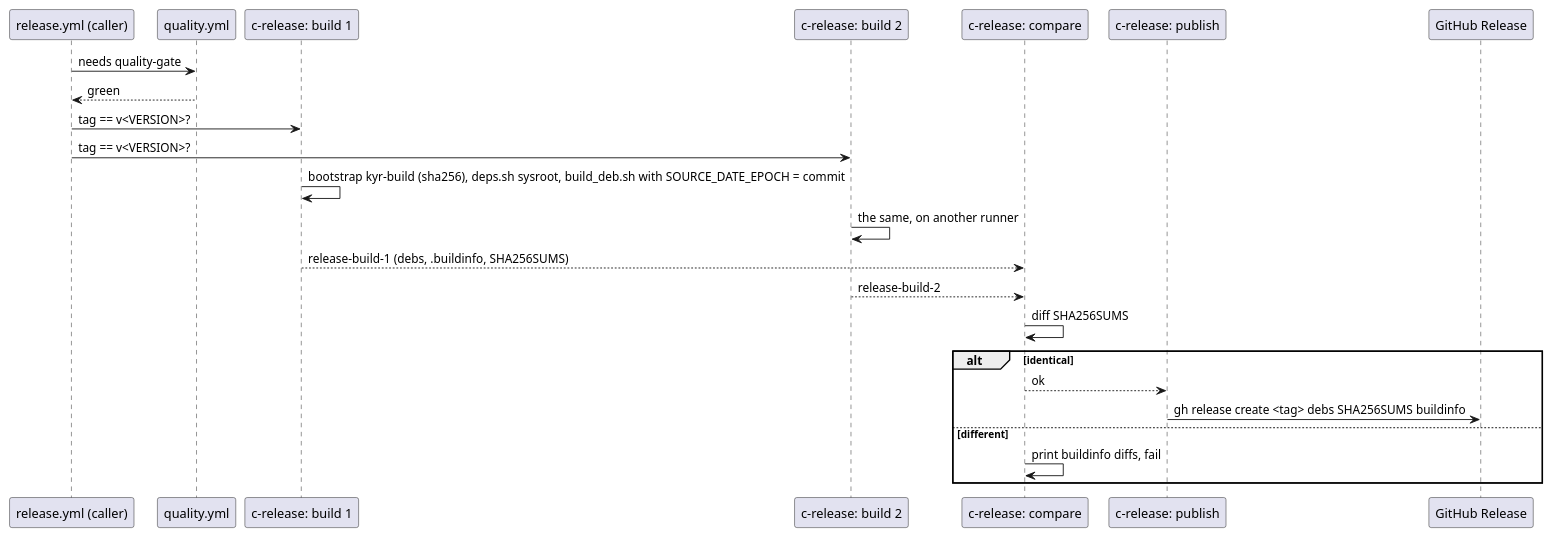
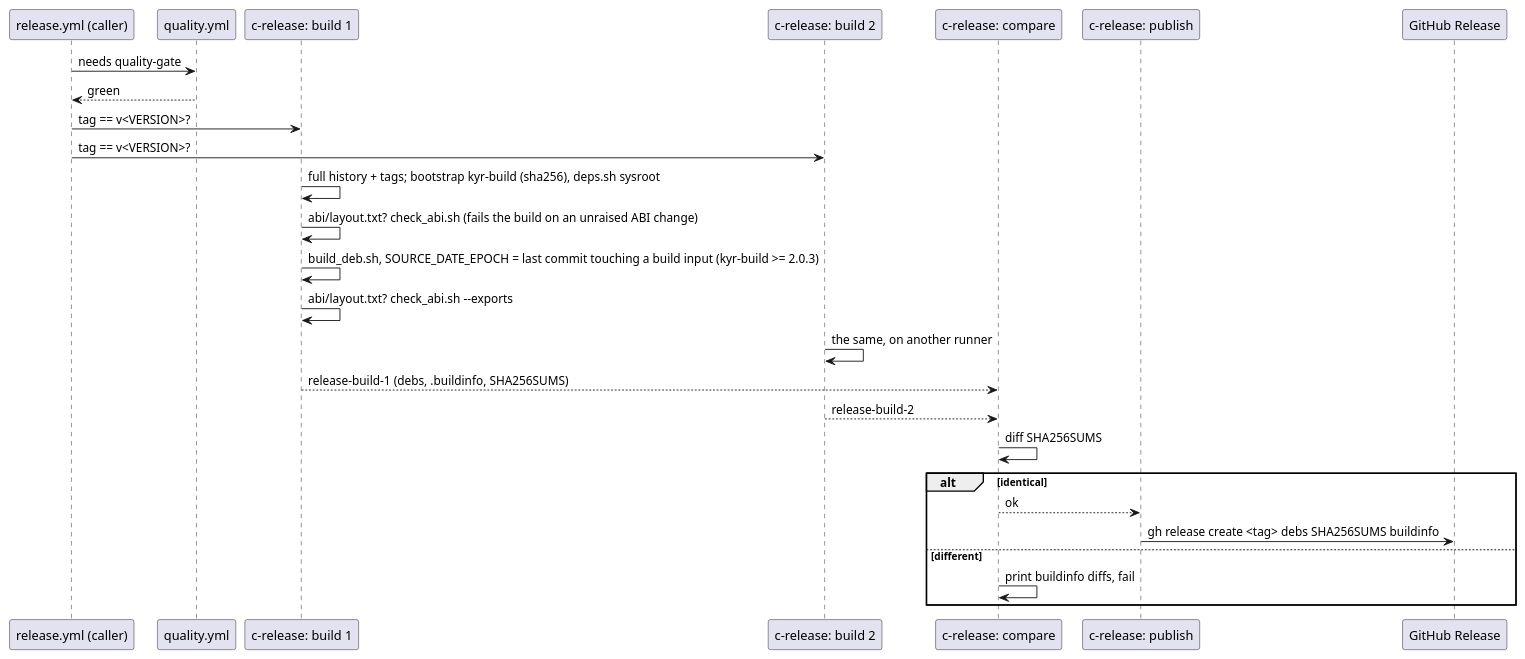
The diagram in docs/diagrams/release_double_build_sequence.puml (RomanHorshkov/cicd), drawn with PlantUML before and after one commit. The commit also changed 2 other files, not shown here.

Commit message:
README and diagrams: the ABI gate in both workflows; Versions: v2.1.0

```diff
--- a/docs/diagrams/release_double_build_sequence.puml
+++ b/docs/diagrams/release_double_build_sequence.puml
@@ -1,25 +1,28 @@
 @startuml
 ' claim: nothing is published unless two separate runners produced the same bytes
 participant "release.yml (caller)" as C
 participant "quality.yml" as Q
 participant "c-release: build 1" as B1
 participant "c-release: build 2" as B2
 participant "c-release: compare" as CMP
 participant "c-release: publish" as P
 participant "GitHub Release" as GH
 C -> Q : needs quality-gate
 Q --> C : green
 C -> B1 : tag == v<VERSION>?
 C -> B2 : tag == v<VERSION>?
-B1 -> B1 : bootstrap kyr-build (sha256), deps.sh sysroot, build_deb.sh with SOURCE_DATE_EPOCH = commit
+B1 -> B1 : full history + tags; bootstrap kyr-build (sha256), deps.sh sysroot
+B1 -> B1 : abi/layout.txt? check_abi.sh (fails the build on an unraised ABI change)
+B1 -> B1 : build_deb.sh, SOURCE_DATE_EPOCH = last commit touching a build input (kyr-build >= 2.0.3)
+B1 -> B1 : abi/layout.txt? check_abi.sh --exports
 B2 -> B2 : the same, on another runner
 B1 --> CMP : release-build-1 (debs, .buildinfo, SHA256SUMS)
 B2 --> CMP : release-build-2
 CMP -> CMP : diff SHA256SUMS
 alt identical
   CMP --> P : ok
   P -> GH : gh release create <tag> debs SHA256SUMS buildinfo
 else different
   CMP -> CMP : print buildinfo diffs, fail
 end
 @enduml
```
